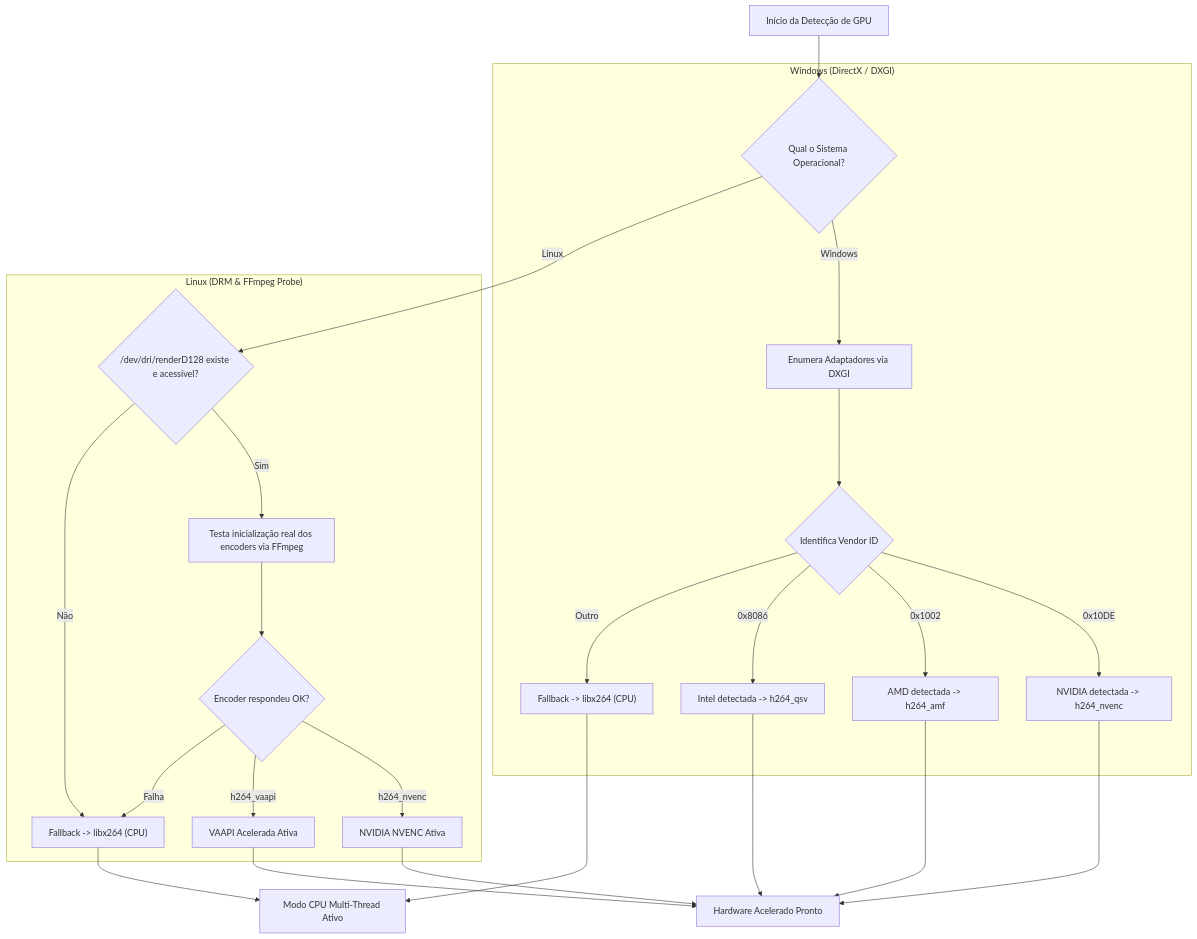
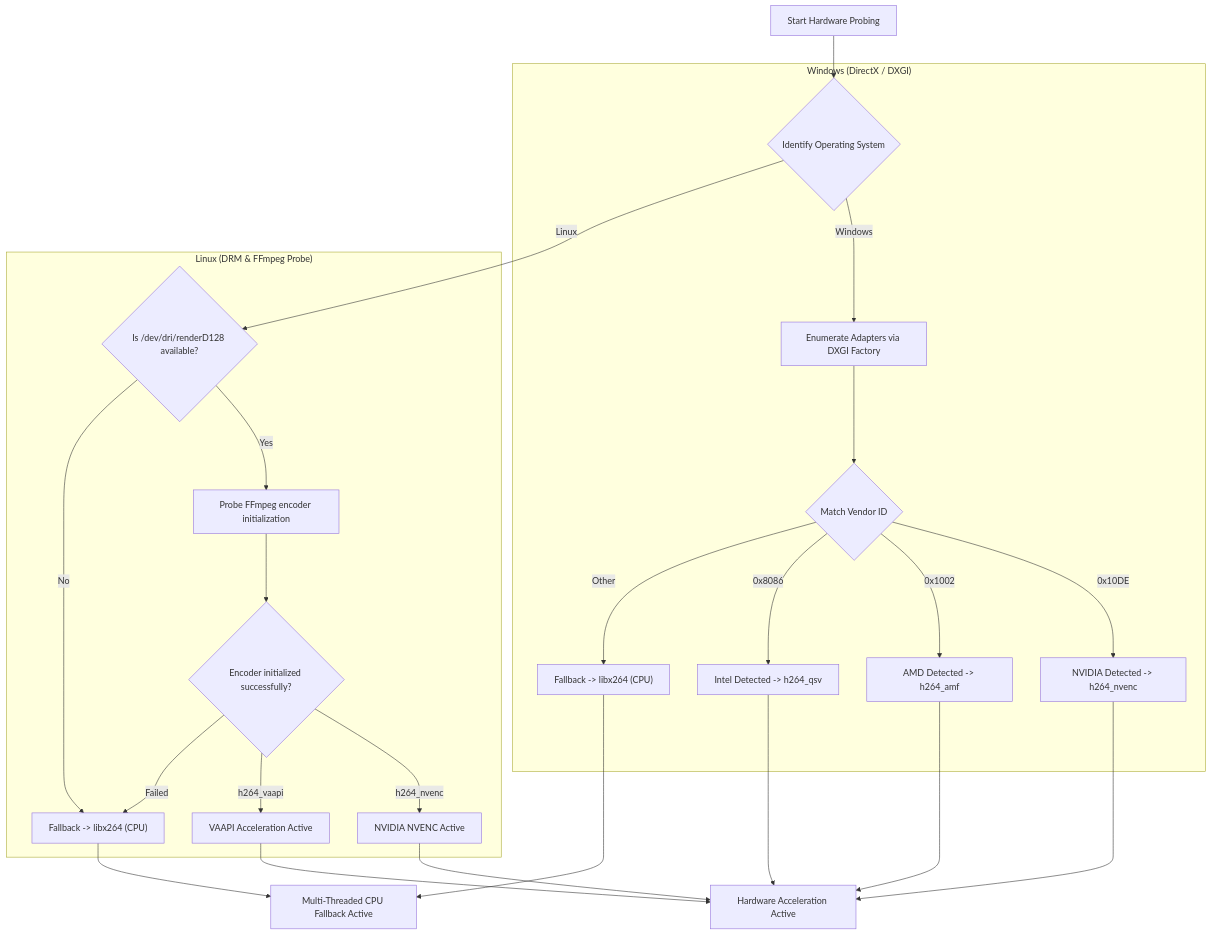
The diagram in docs/HARDWARE_GPU.md (BadTonho/PrismDownloader), drawn with Mermaid before and after one commit. The commit also changed other lines of this file and 14 other files, not shown here.

Commit message:
docs: implement comprehensive technical documentation for project modules, architecture, and deployment procedures

````diff
--- a/docs/HARDWARE_GPU.md
+++ b/docs/HARDWARE_GPU.md
@@ -40,26 +44,26 @@
 ```mermaid
 flowchart TD
-    Init["Início da Detecção de GPU"] --> OSCheck{"Qual o Sistema Operacional?"}
+    Init["Start Hardware Probing"] --> OSCheck{"Identify Operating System"}
     
     subgraph WinFlow ["Windows (DirectX / DXGI)"]
-        OSCheck -- Windows --> DXGIEnum["Enumera Adaptadores via DXGI"]
-        DXGIEnum --> VendorCheck{"Identifica Vendor ID"}
-        VendorCheck -- "0x10DE" --> NV["NVIDIA detectada -> h264_nvenc"]
-        VendorCheck -- "0x1002" --> AMD["AMD detectada -> h264_amf"]
-        VendorCheck -- "0x8086" --> Intel["Intel detectada -> h264_qsv"]
-        VendorCheck -- Outro --> CPU_Win["Fallback -> libx264 (CPU)"]
+        OSCheck -- Windows --> DXGIEnum["Enumerate Adapters via DXGI Factory"]
+        DXGIEnum --> VendorCheck{"Match Vendor ID"}
+        VendorCheck -- "0x10DE" --> NV["NVIDIA Detected -> h264_nvenc"]
+        VendorCheck -- "0x1002" --> AMD["AMD Detected -> h264_amf"]
+        VendorCheck -- "0x8086" --> Intel["Intel Detected -> h264_qsv"]
+        VendorCheck -- Other --> CPU_Win["Fallback -> libx264 (CPU)"]
     end
 
     subgraph LinFlow ["Linux (DRM & FFmpeg Probe)"]
-        OSCheck -- Linux --> DRMCheck{"/dev/dri/renderD128 existe e acessível?"}
-        DRMCheck -- Sim --> ProbeEnc["Testa inicialização real dos encoders via FFmpeg"]
-        DRMCheck -- Não --> CPU_Lin["Fallback -> libx264 (CPU)"]
-        ProbeEnc --> EncEval{"Encoder respondeu OK?"}
-        EncEval -- "h264_nvenc" --> NV_Lin["NVIDIA NVENC Ativa"]
-        EncEval -- "h264_vaapi" --> VA_Lin["VAAPI Acelerada Ativa"]
-        EncEval -- Falha --> CPU_Lin
+        OSCheck -- Linux --> DRMCheck{"Is /dev/dri/renderD128 available?"}
+        DRMCheck -- Yes --> ProbeEnc["Probe FFmpeg encoder initialization"]
+        DRMCheck -- No --> CPU_Lin["Fallback -> libx264 (CPU)"]
+        ProbeEnc --> EncEval{"Encoder initialized successfully?"}
+        EncEval -- "h264_nvenc" --> NV_Lin["NVIDIA NVENC Active"]
+        EncEval -- "h264_vaapi" --> VA_Lin["VAAPI Acceleration Active"]
+        EncEval -- Failed --> CPU_Lin
     end
 
-    NV & AMD & Intel & NV_Lin & VA_Lin --> HW_Ready["Hardware Acelerado Pronto"]
-    CPU_Win & CPU_Lin --> Fallback_Ready["Modo CPU Multi-Thread Ativo"]
+    NV & AMD & Intel & NV_Lin & VA_Lin --> HW_Ready["Hardware Acceleration Active"]
+    CPU_Win & CPU_Lin --> Fallback_Ready["Multi-Threaded CPU Fallback Active"]
 ```
````
